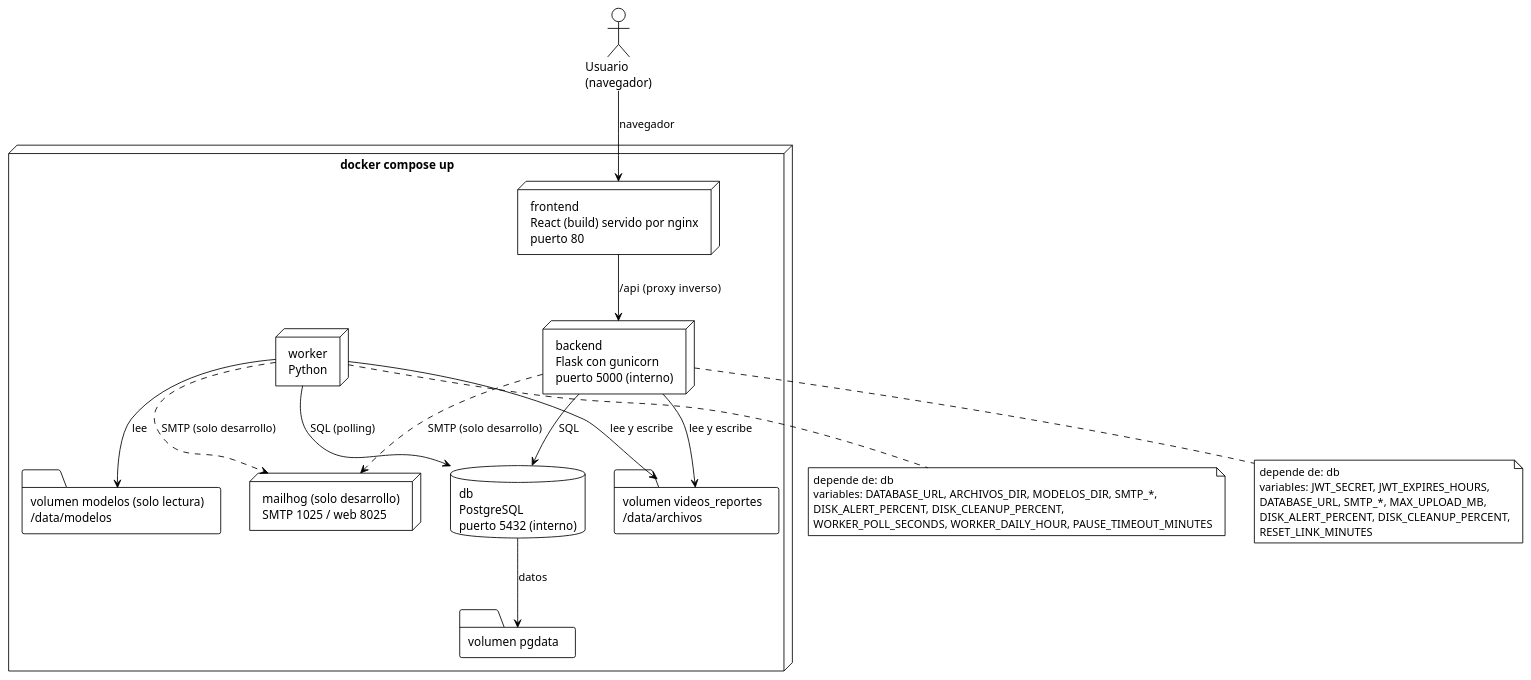
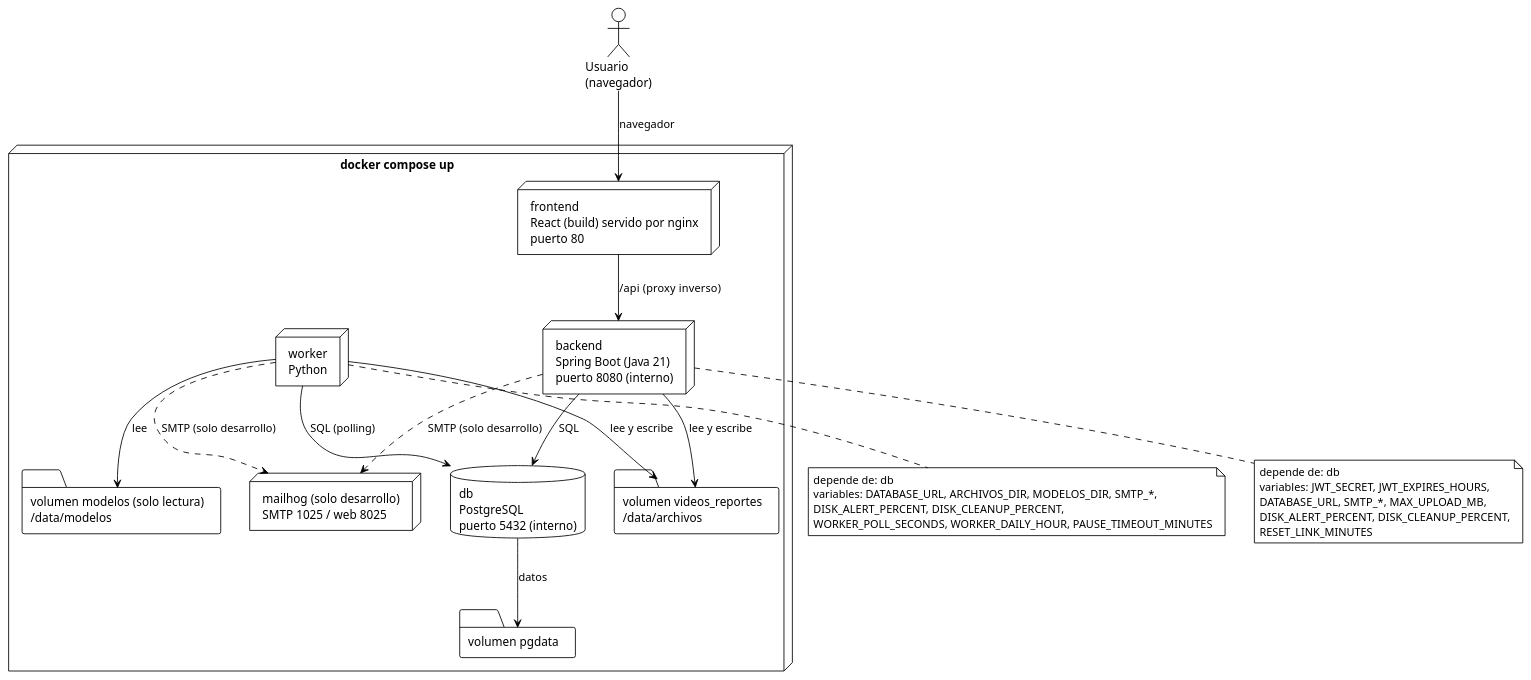
One commit to ErickJester/fst-ai-system-latex changed the diagram in diagramas/guia_web/contenedores_docker.puml. Above: the diagram before and after it, drawn with PlantUML. The commit also changed 4 other files, not shown here.

First line of the commit message:
Propagar el backend en Spring Boot (D-105) a INSTRUCCIONES-WEB.md y a los diagramas de guia_web

```diff
--- a/diagramas/guia_web/contenedores_docker.puml
+++ b/diagramas/guia_web/contenedores_docker.puml
@@ -1,45 +1,45 @@
 @startuml contenedores_docker
 !theme plain
 skinparam defaultFontName Arial
 skinparam shadowing false
 skinparam BackgroundColor White
 
 actor "Usuario\n(navegador)" as U
 
 node "docker compose up" {
   node "frontend\nReact (build) servido por nginx\npuerto 80" as fe
-  node "backend\nFlask con gunicorn\npuerto 5000 (interno)" as be
+  node "backend\nSpring Boot (Java 21)\npuerto 8080 (interno)" as be
   node "worker\nPython" as wk
   database "db\nPostgreSQL\npuerto 5432 (interno)" as db
   node "mailhog (solo desarrollo)\nSMTP 1025 / web 8025" as ml
   folder "volumen videos_reportes\n/data/archivos" as vf
   folder "volumen modelos (solo lectura)\n/data/modelos" as vm
   folder "volumen pgdata" as vp
 }
 
 U --> fe : navegador
 fe --> be : /api  (proxy inverso)
 be --> db : SQL
 wk --> db : SQL (polling)
 be --> vf : lee y escribe
 wk --> vf : lee y escribe
 wk --> vm : lee
 db --> vp : datos
 be ..> ml : SMTP (solo desarrollo)
 wk ..> ml : SMTP (solo desarrollo)
 
 note bottom of be
   depende de: db
   variables: JWT_SECRET, JWT_EXPIRES_HOURS,
   DATABASE_URL, SMTP_*, MAX_UPLOAD_MB,
   DISK_ALERT_PERCENT, DISK_CLEANUP_PERCENT,
   RESET_LINK_MINUTES
 end note
 
 note bottom of wk
   depende de: db
   variables: DATABASE_URL, ARCHIVOS_DIR, MODELOS_DIR, SMTP_*,
   DISK_ALERT_PERCENT, DISK_CLEANUP_PERCENT,
   WORKER_POLL_SECONDS, WORKER_DAILY_HOUR, PAUSE_TIMEOUT_MINUTES
 end note
 @enduml
```
